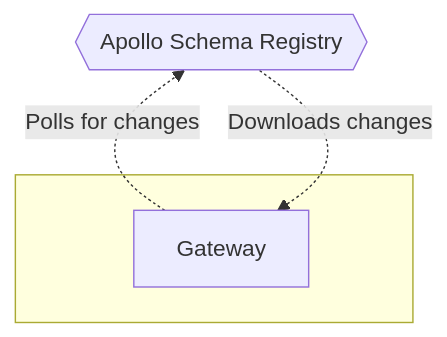
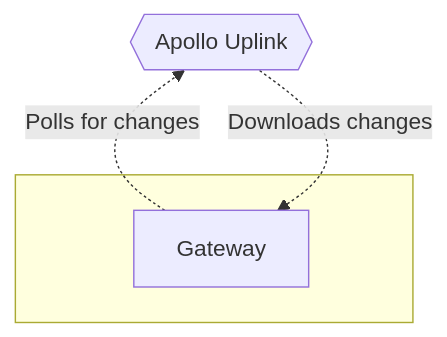
One commit to apollographql/federation changed the third of 3 diagrams in docs/source/quickstart-pt-2.mdx. Above: the diagram before and after it, drawn with Mermaid. The commit also changed other lines of this file and 2 other files, not shown here.

````diff
--- a/docs/source/quickstart-pt-2.mdx
+++ b/docs/source/quickstart-pt-2.mdx
@@ -37,10 +47,10 @@
 ```mermaid
 flowchart BT;
   subgraph " "
   gateway[Gateway];
   end  
-  registry{{Apollo Schema Registry}};
+  registry{{Apollo Uplink}};
   gateway -. Polls for changes .-> registry;
   registry -. Downloads changes .-> gateway;
   class registry secondary;
 ```
````
